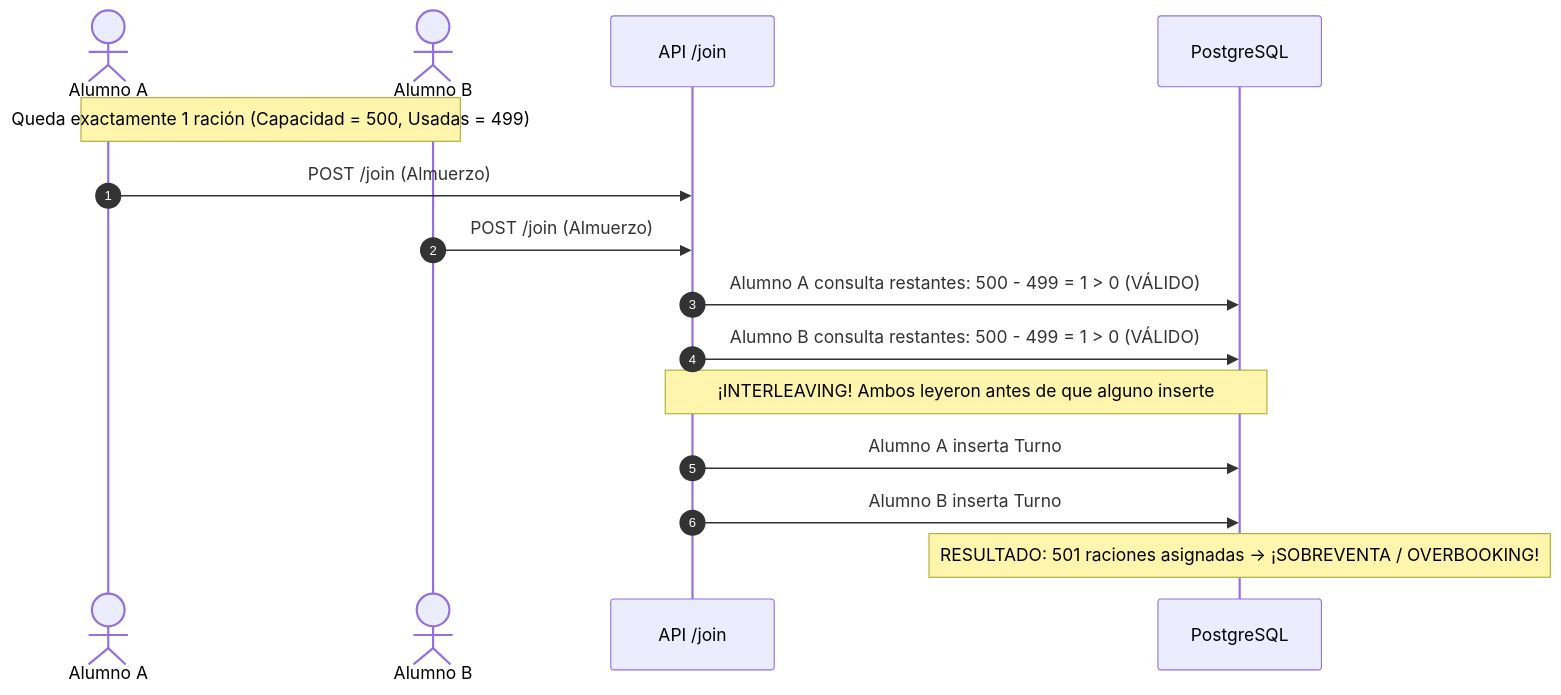
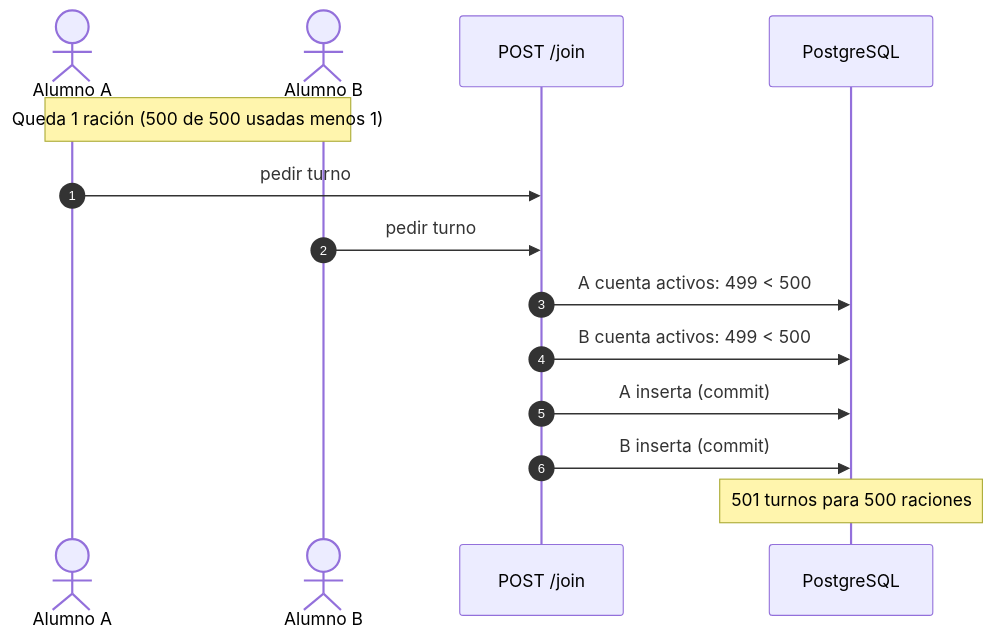
Before and after one commit to francito69/SW707U-CS2-ComedorUni: the second of 2 diagrams in docs/DocumentoTecnicoParcial.md, drawn with Mermaid. The commit also changed other lines of this file and 37 other files, not shown here.

````diff
--- a/docs/DocumentoTecnicoParcial.md
+++ b/docs/DocumentoTecnicoParcial.md
@@ -244,18 +306,17 @@
 ```mermaid
 sequenceDiagram
     autonumber
-    actor Alumno A
-    actor Alumno B
-    participant Router as API /join
+    actor A as Alumno A
+    actor B as Alumno B
+    participant API as POST /join
     participant DB as PostgreSQL
 
-    Note over Alumno A, Alumno B: Queda exactamente 1 ración (Capacidad = 500, Usadas = 499)
-    Alumno A->>Router: POST /join (Almuerzo)
-    Alumno B->>Router: POST /join (Almuerzo)
-    Router->>DB: Alumno A consulta restantes: 500 - 499 = 1 > 0 (VÁLIDO)
-    Router->>DB: Alumno B consulta restantes: 500 - 499 = 1 > 0 (VÁLIDO)
-    Note over Router, DB: ¡INTERLEAVING! Ambos leyeron antes de que alguno inserte
-    Router->>DB: Alumno A inserta Turno #500 (Commit OK)
-    Router->>DB: Alumno B inserta Turno #501 (Commit OK)
-    Note over DB: RESULTADO: 501 raciones asignadas -> ¡SOBREVENTA / OVERBOOKING!
+    Note over A,B: Queda 1 ración (500 de 500 usadas menos 1)
+    A->>API: pedir turno
+    B->>API: pedir turno
+    API->>DB: A cuenta activos: 499 < 500
+    API->>DB: B cuenta activos: 499 < 500
+    API->>DB: A inserta (commit)
+    API->>DB: B inserta (commit)
+    Note over DB: 501 turnos para 500 raciones
 ```
````
